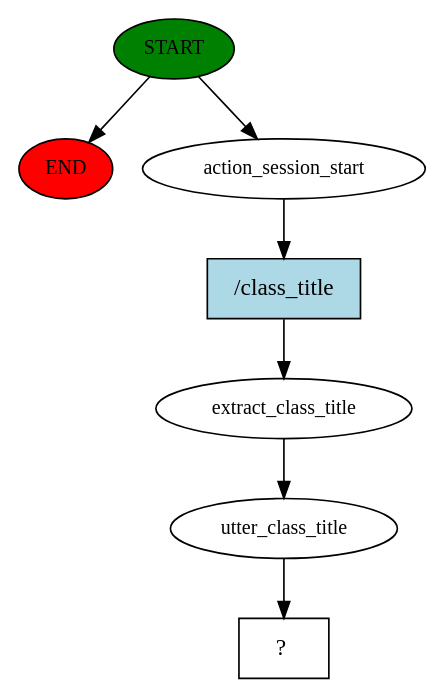
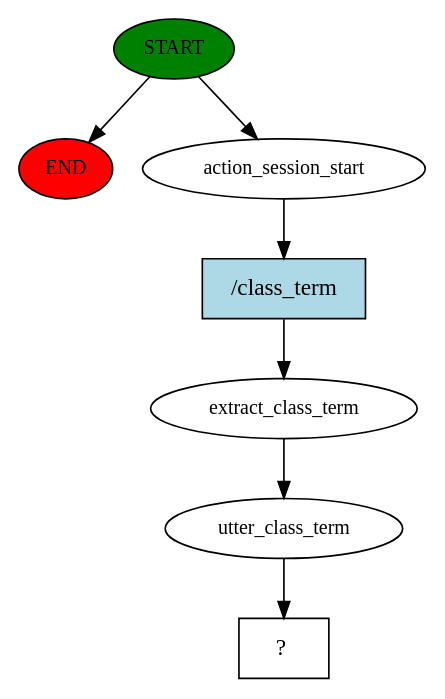
The diagram in project/story_graph.dot (dailin7/chatbot), drawn with Graphviz before and after one commit. The commit also changed 8 other files, not shown here.

```diff
--- a/project/story_graph.dot
+++ b/project/story_graph.dot
@@ -1,15 +1,15 @@
 digraph  {
 0 [class="start active", fillcolor=green, fontsize=12, label=START, style=filled];
 "-1" [class=end, fillcolor=red, fontsize=12, label=END, style=filled];
 1 [class=active, fontsize=12, label=action_session_start];
-2 [class=active, fontsize=12, label=extract_class_title];
-3 [class=active, fontsize=12, label=utter_class_title];
+2 [class=active, fontsize=12, label=extract_class_term];
+3 [class=active, fontsize=12, label=utter_class_term];
 4 [class="intent dashed active", label="  ?  ", shape=rect];
-5 [class="intent active", fillcolor=lightblue, label="/class_title", shape=rect, style=filled];
+5 [class="intent active", fillcolor=lightblue, label="/class_term", shape=rect, style=filled];
 0 -> "-1"  [class="", key=NONE, label=""];
 0 -> 1  [class=active, key=NONE, label=""];
 1 -> 5  [class=active, key=0];
 2 -> 3  [class=active, key=NONE, label=""];
 3 -> 4  [class=active, key=NONE, label=""];
 5 -> 2  [class=active, key=0];
 }
```
